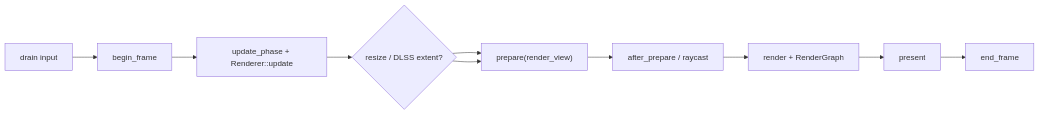
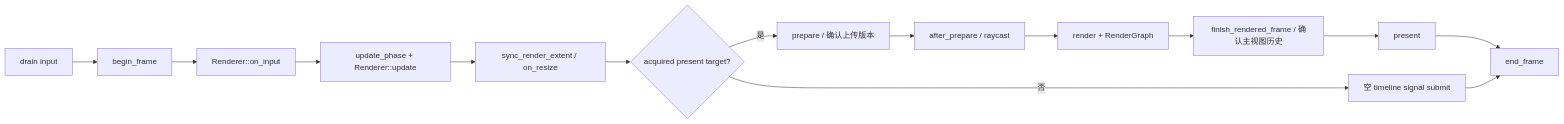
The second of 2 diagrams in docs/design/frame-execution-and-window-lifecycle.md (acccoco/TruvisRenderer), drawn with Mermaid before and after one commit. The commit also changed other lines of this file and 155 other files, not shown here.

````diff
--- a/docs/design/frame-execution-and-window-lifecycle.md
+++ b/docs/design/frame-execution-and-window-lifecycle.md
@@ -24,12 +24,16 @@
 ```mermaid
 flowchart LR
     Input["drain input"] --> Begin["begin_frame"]
-    Begin --> Update["update_phase + Renderer::update"]
-    Update --> Resize{"resize / DLSS extent?"}
-    Resize --> Prepare["prepare(render_view)"]
-    Resize --> Prepare
+    Begin --> Consume["Renderer::on_input"]
+    Consume --> Update["update_phase + Renderer::update"]
+    Update --> Resize["sync_render_extent / on_resize"]
+    Resize --> Target{"acquired present target?"}
+    Target -->|是| Prepare["prepare / 确认上传版本"]
+    Target -->|否| Signal["空 timeline signal submit"]
     Prepare --> Query["after_prepare / raycast"]
     Query --> Render["render + RenderGraph"]
-    Render --> Present["present"]
+    Render --> History["finish_rendered_frame / 确认主视图历史"]
+    History --> Present["present"]
     Present --> End["end_frame"]
+    Signal --> End
 ```
````
